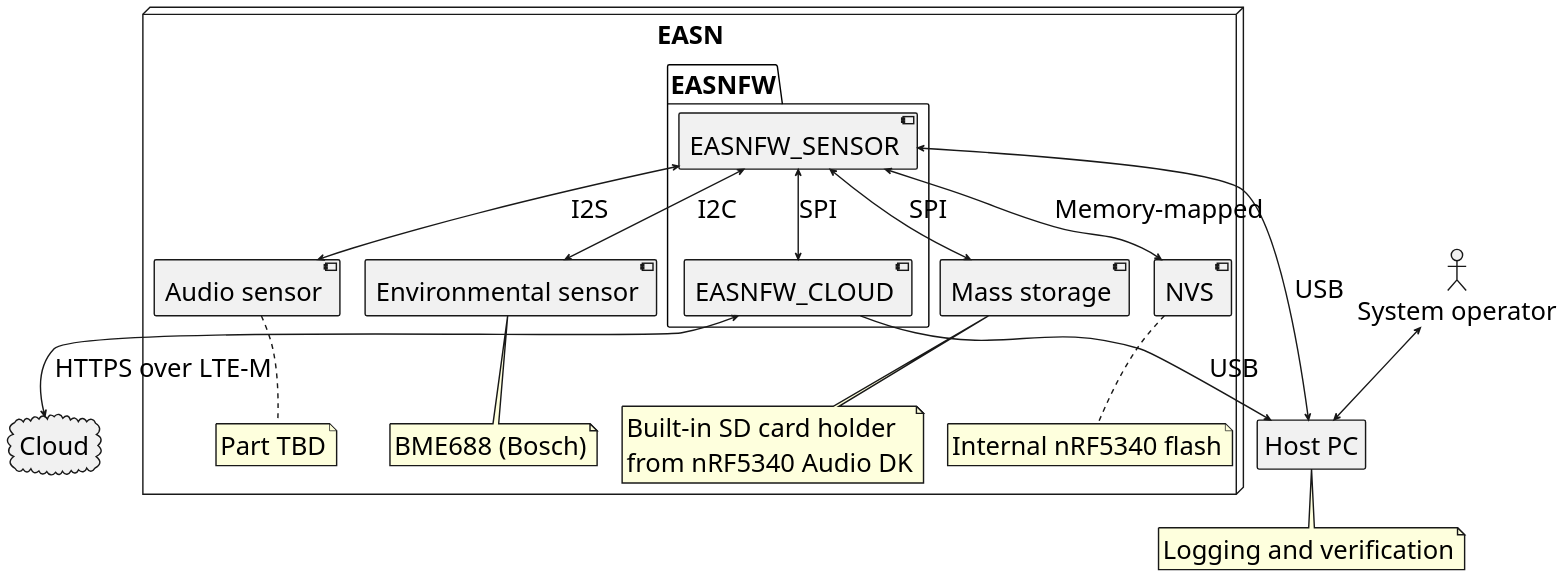
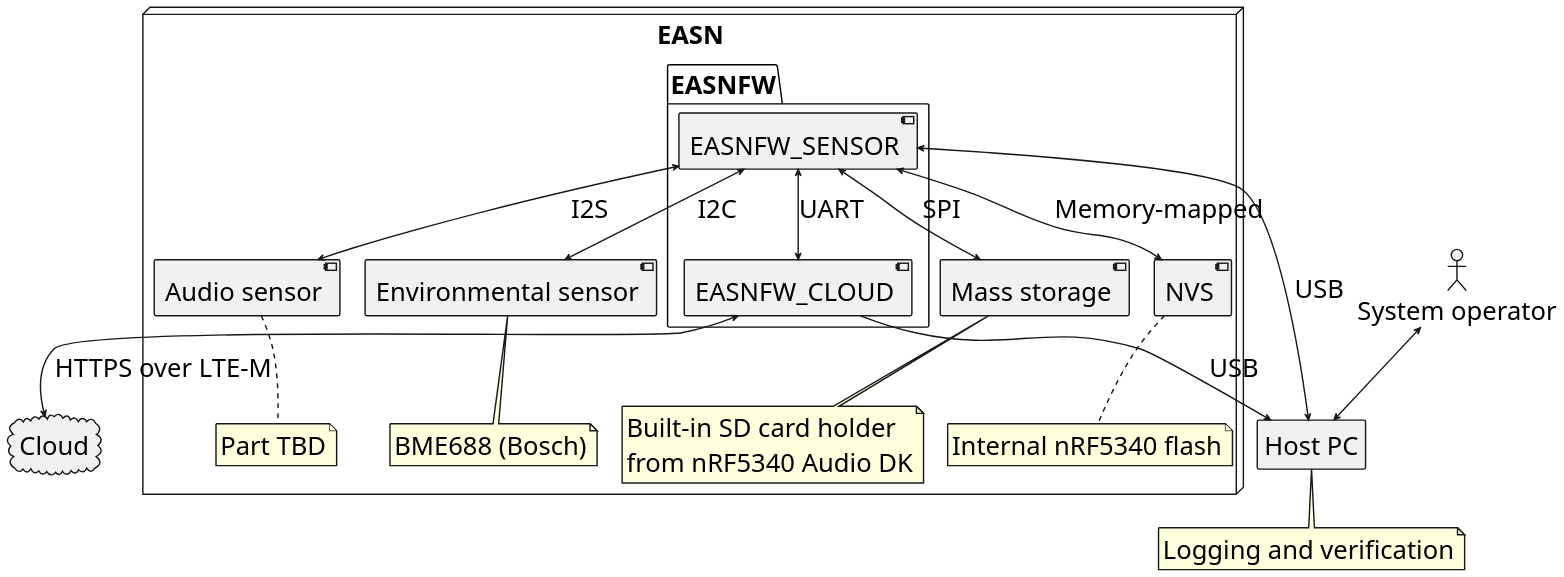
Before and after one commit to hslourenc/easnfw: the diagram in docs/sphinx/source/diagrams/sys_arch.puml, drawn with PlantUML. The commit also changed 5 other files, not shown here.

Commit message:
replace SPI with UART, add OTA

```diff
--- a/docs/sphinx/source/diagrams/sys_arch.puml
+++ b/docs/sphinx/source/diagrams/sys_arch.puml
@@ -1,61 +1,61 @@
 @startuml
 skinparam defaultFontSize 36
 skinparam ArrowThickness 2
 skinparam CloudBorderThickness 2
 skinparam AgentBorderThickness 2
 skinparam ActorBorderThickness 2
 skinparam NodeBorderThickness 2
 skinparam PackageBorderThickness 2
 skinparam NoteBorderThickness 2
 skinparam ComponentBorderThickness 2
 
 cloud Cloud
 agent "Host PC" as Host_PC
 note bottom of Host_PC
 Logging and verification
 end note
 actor "System operator" as System_operator
 
 node "EASN" {
     package "EASNFW" {
         [EASNFW_SENSOR]
         [EASNFW_CLOUD]
     }
     [Audio sensor]
     note bottom of [Audio sensor]
         Part TBD
     end note
     [Environmental sensor]
     note bottom of [Environmental sensor]
         BME688 (Bosch)
     end note
     [Mass storage]
     note bottom of [Mass storage]
         Built-in SD card holder
         from nRF5340 Audio DK
     end note
     [NVS]
     note bottom of [NVS]
         Internal nRF5340 flash
     end note
     /'
     [Backup storage]
     note bottom of [Backup storage]
         Built-in external flash memory
         from nRF9151 SMA DK
     end note
     '/
 }
 
 [EASNFW_SENSOR] <--> [Audio sensor]                  : I2S
 [EASNFW_SENSOR] <--> [Environmental sensor]          : I2C
 [EASNFW_SENSOR] <--> Host_PC                         : USB
 [EASNFW_SENSOR] <--> [Mass storage]                  : SPI
 [EASNFW_SENSOR] <--> [NVS]                           : Memory-mapped
-[EASNFW_SENSOR] <--> [EASNFW_CLOUD]                  : SPI
+[EASNFW_SENSOR] <--> [EASNFW_CLOUD]                  : UART
 [EASNFW_CLOUD]  <--> Cloud                           : HTTPS over LTE-M
 [EASNFW_CLOUD]   --> Host_PC                         : USB
 ' [EASNFW_CLOUD]  <--> [Backup storage]        : SPI
 System_operator <--> Host_PC
 
 @enduml
```
